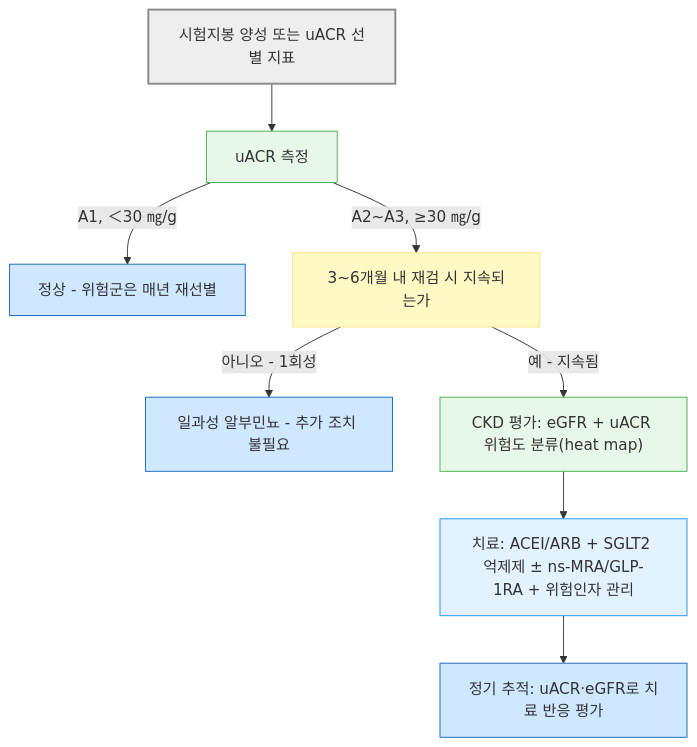
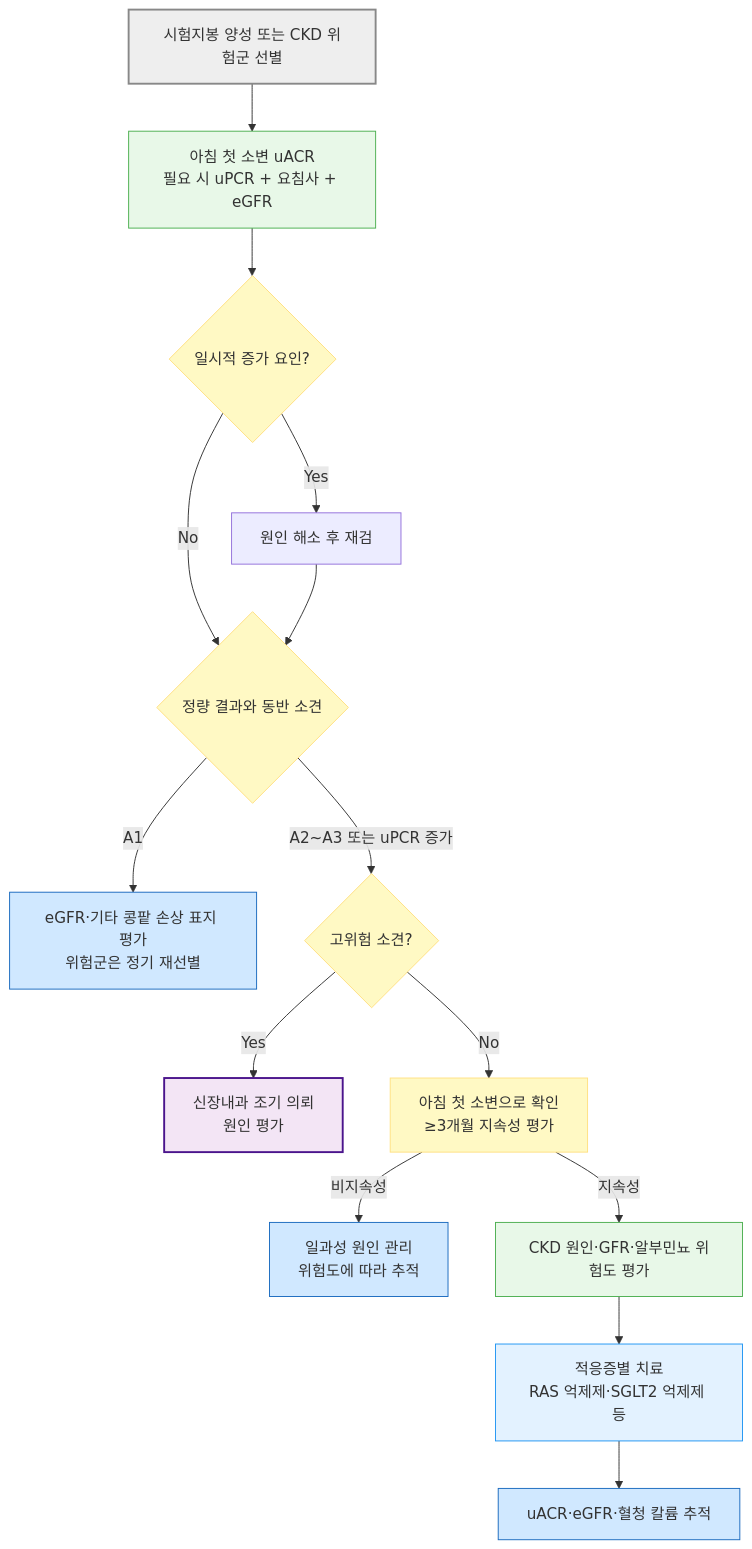
One commit to familyoh77/familyoh77 changed the diagram in 227_/111_-proteinuria.md. Above: the diagram before and after it, drawn with Mermaid. The commit also changed other lines of this file and 7 other files, not shown here.

````diff
--- a/227_/111_-proteinuria.md
+++ b/227_/111_-proteinuria.md
@@ -229,19 +185,26 @@
 ```mermaid
 graph TD
-    D1[시험지봉 양성 또는 uACR 선별 지표] --> U1[uACR 측정]
-    U1 -->|A1, ＜30 ㎎/g| Reassure3[정상 - 위험군은 매년 재선별]
-    U1 -->|A2~A3, ≥30 ㎎/g| Persist[3~6개월 내 재검 시 지속되는가]
-    Persist -->|아니오 - 1회성| Reassure4[일과성 알부민뇨 - 추가 조치 불필요]
-    Persist -->|예 - 지속됨| CKDeval["CKD 평가: eGFR + uACR 위험도 분류(heat map)"]
-    CKDeval --> Tx[치료: ACEI/ARB + SGLT2 억제제 ± ns-MRA/GLP-1RA + 위험인자 관리]
-    Tx --> FU[정기 추적: uACR·eGFR로 치료 반응 평가]
+    D1[시험지봉 양성 또는 CKD 위험군 선별] --> U1[아침 첫 소변 uACR<br/>필요 시 uPCR + 요침사 + eGFR]
+    U1 --> C{일시적 증가 요인?}
+    C -->|Yes| R[원인 해소 후 재검]
+    C -->|No| A{정량 결과와 동반 소견}
+    R --> A
+    A -->|A1| E1[eGFR·기타 콩팥 손상 표지 평가<br/>위험군은 정기 재선별]
+    A -->|A2~A3 또는 uPCR 증가| H{고위험 소견?}
+    H -->|Yes| Ref[신장내과 조기 의뢰<br/>원인 평가]
+    H -->|No| Persist[아침 첫 소변으로 확인<br/>≥3개월 지속성 평가]
+    Persist -->|비지속성| F1[일과성 원인 관리<br/>위험도에 따라 추적]
+    Persist -->|지속성| CKDeval["CKD 원인·GFR·알부민뇨 위험도 평가"]
+    CKDeval --> Tx[적응증별 치료<br/>RAS 억제제·SGLT2 억제제 등]
+    Tx --> FU[uACR·eGFR·혈청 칼륨 추적]
 
 style D1 fill:#eeeeee,stroke:#888888,stroke-width:2px
 classDef lightGreen fill:#e8f8e8,stroke:#4caf50
 class U1,CKDeval lightGreen
 classDef yellow fill:#fff9c4,stroke:#ffe082
-class Persist yellow
+class C,A,H,Persist yellow
 classDef blue fill:#d0e8ff,stroke:#1a6abf
-class Reassure3,Reassure4,FU blue
+class E1,F1,FU blue
 style Tx fill:#e3f2ff,stroke:#2196f3
+style Ref fill:#f3e5f5,stroke:#4a148c,stroke-width:2px
 ```
````
